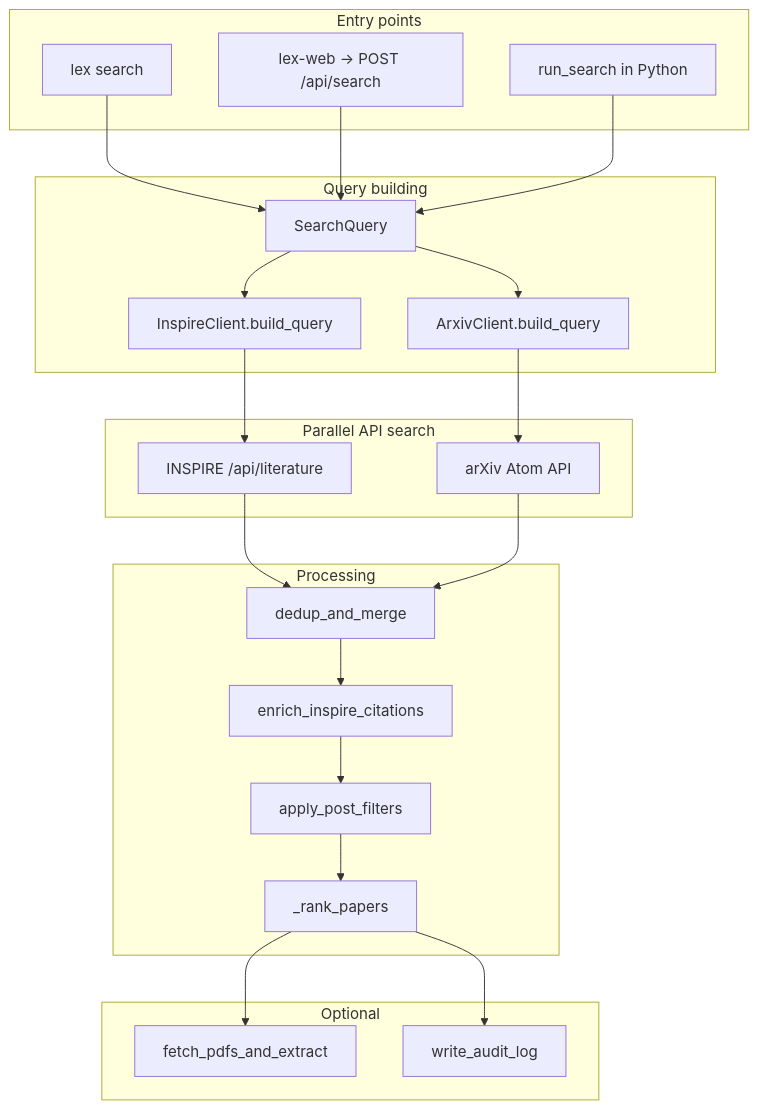
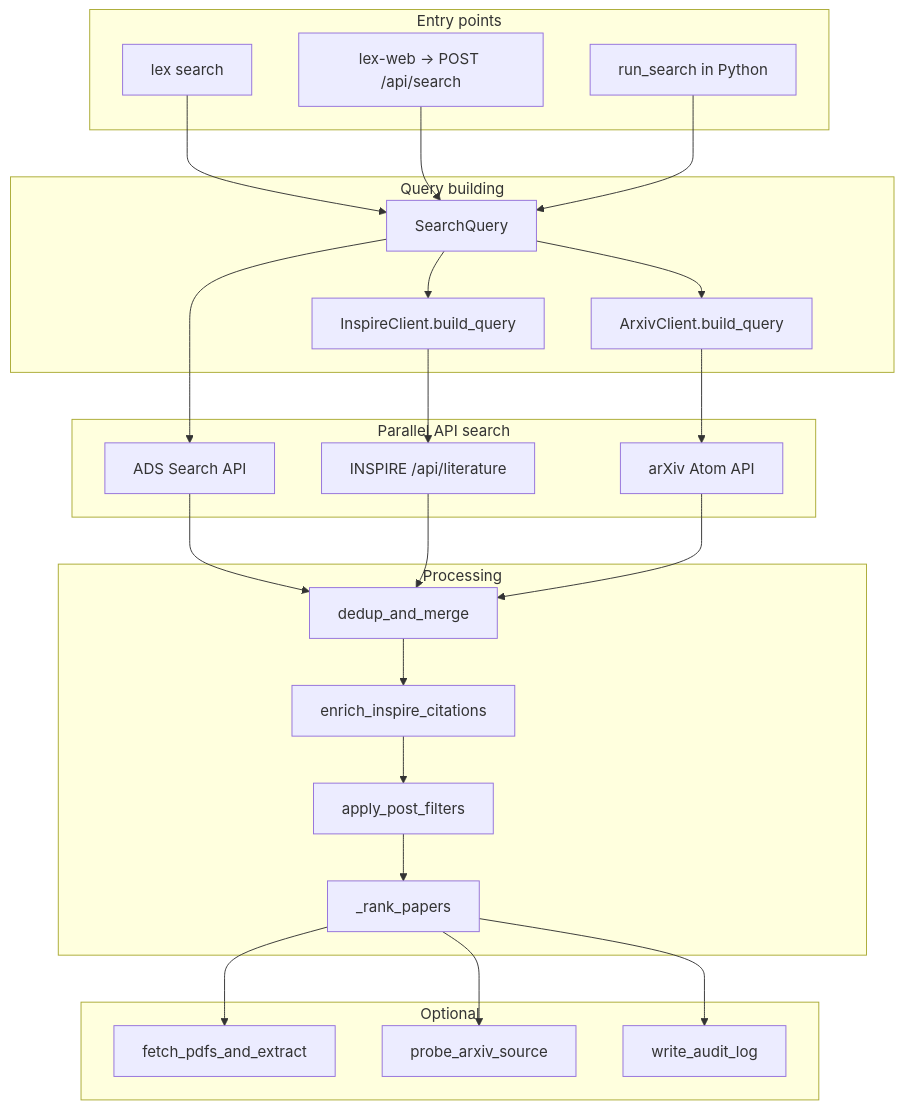
The diagram in docs/ARCHITECTURE.md (KenWuqianghao/Agentic-Lagrangian-Extraction), drawn with Mermaid before and after one commit. The commit also changed other lines of this file and 31 other files, not shown here.

First line of the commit message:
Add Week 2 literature enhancements: abstract scoring, ADS, and LaTeX probe.

````diff
--- a/docs/ARCHITECTURE.md
+++ b/docs/ARCHITECTURE.md
@@ -21,46 +21,51 @@
 ```mermaid
 flowchart TD
     subgraph entry [Entry points]
         CLI[lex search]
         WEB[lex-web → POST /api/search]
         API[run_search in Python]
     end
 
     subgraph build [Query building]
         SQ[SearchQuery]
         IQ[InspireClient.build_query]
         AQ[ArxivClient.build_query]
     end
 
     subgraph fetch [Parallel API search]
         INSPIRE[INSPIRE /api/literature]
         ARXIV[arXiv Atom API]
+        ADS[ADS Search API]
     end
 
     subgraph process [Processing]
         DEDUP[dedup_and_merge]
         CITE[enrich_inspire_citations]
         FILTER[apply_post_filters]
         RANK[_rank_papers]
     end
 
     subgraph optional [Optional]
         PDF[fetch_pdfs_and_extract]
+        LATEX[probe_arxiv_source]
         AUDIT[write_audit_log]
     end
 
     CLI --> SQ
     WEB --> SQ
     API --> SQ
     SQ --> IQ
     SQ --> AQ
     IQ --> INSPIRE
     AQ --> ARXIV
+    SQ --> ADS
+    ADS --> DEDUP
     INSPIRE --> DEDUP
     ARXIV --> DEDUP
     DEDUP --> CITE
     CITE --> FILTER
     FILTER --> RANK
     RANK --> PDF
+    RANK --> LATEX
     RANK --> AUDIT
 ```
````
